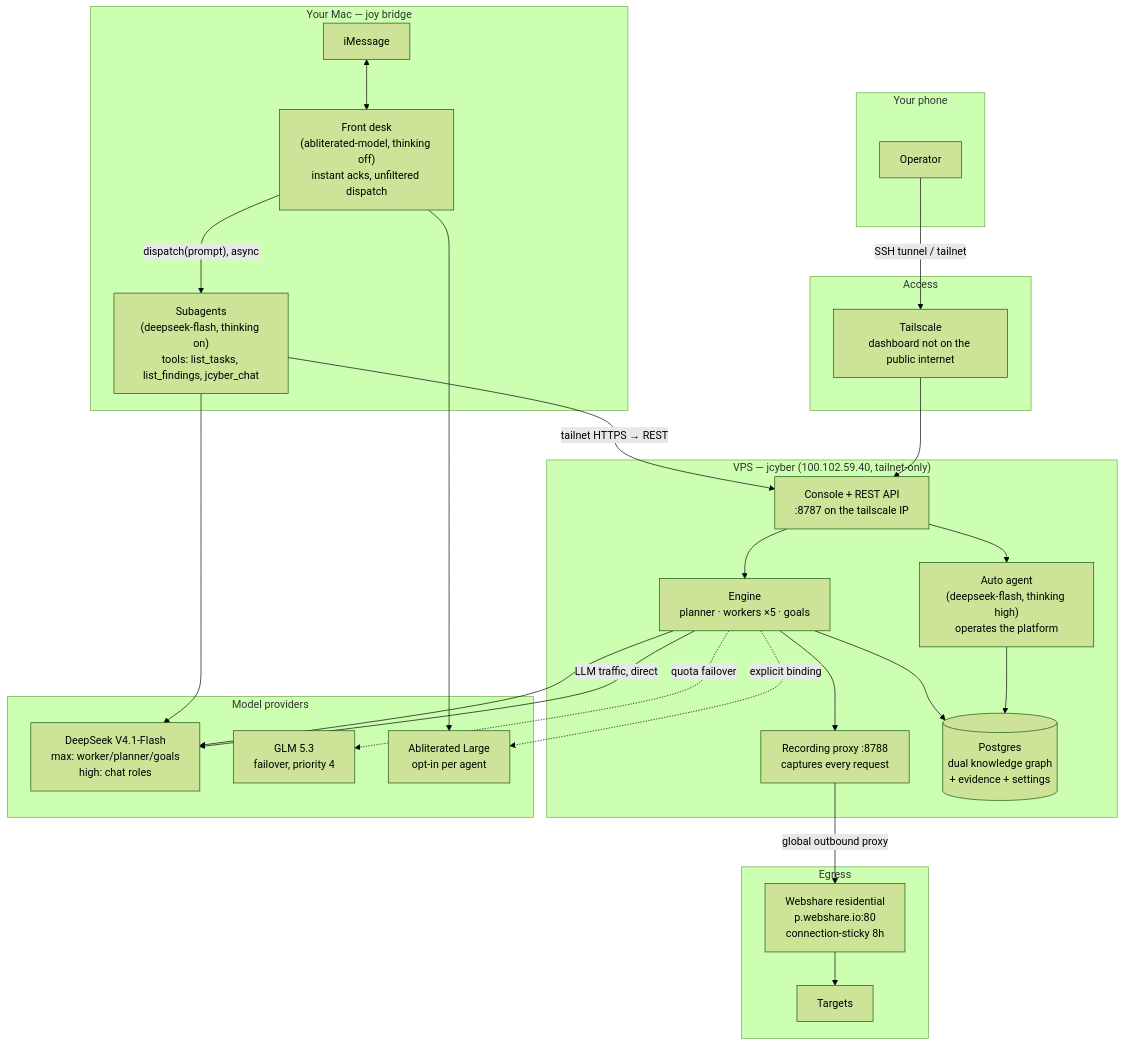
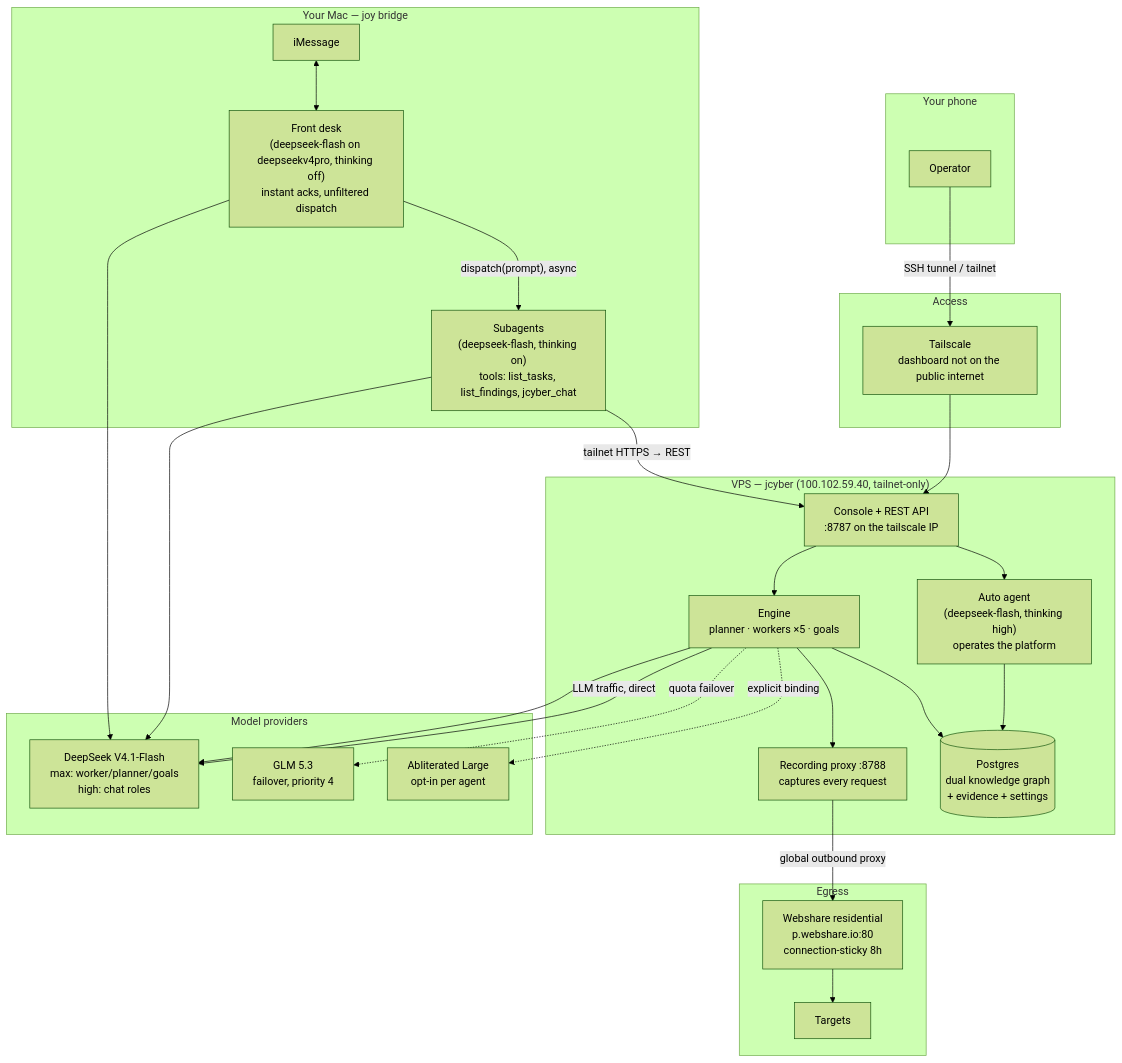
One commit to i098/jcyber changed the first of 2 diagrams in ARCHITECTURE.md. Above: the diagram before and after it, drawn with Mermaid (forest theme). The commit also changed other lines of this file and 2 other files, not shown here.

Commit message:
bridge: front desk on deepseek-flash (deepseekv4pro) instead of abliterated
Front desk now runs deepseek-flash via api.deepseekv4pro.com with
reasoning_effort none, so front desk and subagents share one model family.
Key comes from DEEPSEEK_V4PRO_API_KEY.

````diff
--- a/ARCHITECTURE.md
+++ b/ARCHITECTURE.md
@@ -8,54 +8,54 @@
 ```mermaid
 flowchart TB
     subgraph phone["Your phone"]
         YOU[Operator]
     end
 
     subgraph mac["Your Mac — joy bridge"]
         IMESSAGE[iMessage]
-        FRONT["Front desk<br/>(abliterated-model, thinking off)<br/>instant acks, unfiltered dispatch"]
+        FRONT["Front desk<br/>(deepseek-flash on deepseekv4pro, thinking off)<br/>instant acks, unfiltered dispatch"]
         SUB["Subagents<br/>(deepseek-flash, thinking on)<br/>tools: list_tasks, list_findings, jcyber_chat"]
         IMESSAGE <--> FRONT
         FRONT -- "dispatch(prompt), async" --> SUB
     end
 
     subgraph vps["VPS — jcyber (100.102.59.40, tailnet-only)"]
         API["Console + REST API<br/>:8787 on the tailscale IP"]
         AUTO["Auto agent<br/>(deepseek-flash, thinking high)<br/>operates the platform"]
         ENGINE["Engine<br/>planner · workers ×5 · goals"]
         PROXY["Recording proxy :8788<br/>captures every request"]
         PG[("Postgres<br/>dual knowledge graph<br/>+ evidence + settings")]
         SUB -- "tailnet HTTPS → REST" --> API
         API --> AUTO
         API --> ENGINE
         ENGINE --> PROXY
         ENGINE --> PG
         AUTO --> PG
     end
 
     subgraph llm["Model providers"]
         DS["DeepSeek V4.1-Flash<br/>max: worker/planner/goals<br/>high: chat roles"]
         GLM["GLM 5.3<br/>failover, priority 4"]
         ABL["Abliterated Large<br/>opt-in per agent"]
         ENGINE --> DS
         ENGINE -. "quota failover" .-> GLM
         ENGINE -. "explicit binding" .-> ABL
-        FRONT --> ABL
+        FRONT --> DS
         SUB --> DS
     end
 
     subgraph egress["Egress"]
         WS["Webshare residential<br/>p.webshare.io:80<br/>connection-sticky 8h"]
         TARGET[Targets]
     end
 
     PROXY -- "global outbound proxy" --> WS
     WS --> TARGET
     ENGINE -- "LLM traffic, direct" --> DS
 
     subgraph access["Access"]
         TS["Tailscale<br/>dashboard not on the public internet"]
         YOU -- "SSH tunnel / tailnet" --> TS
         TS --> API
     end
 ```
````
